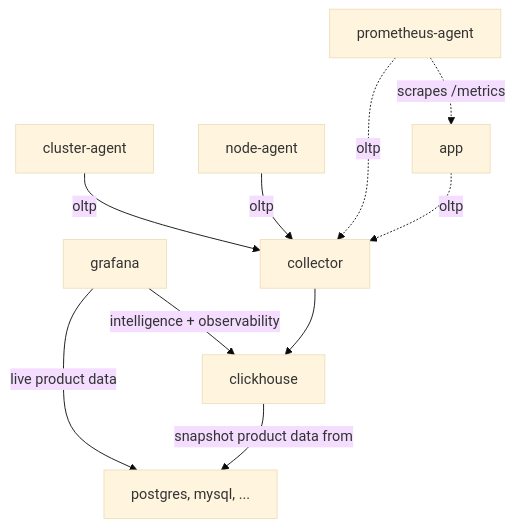
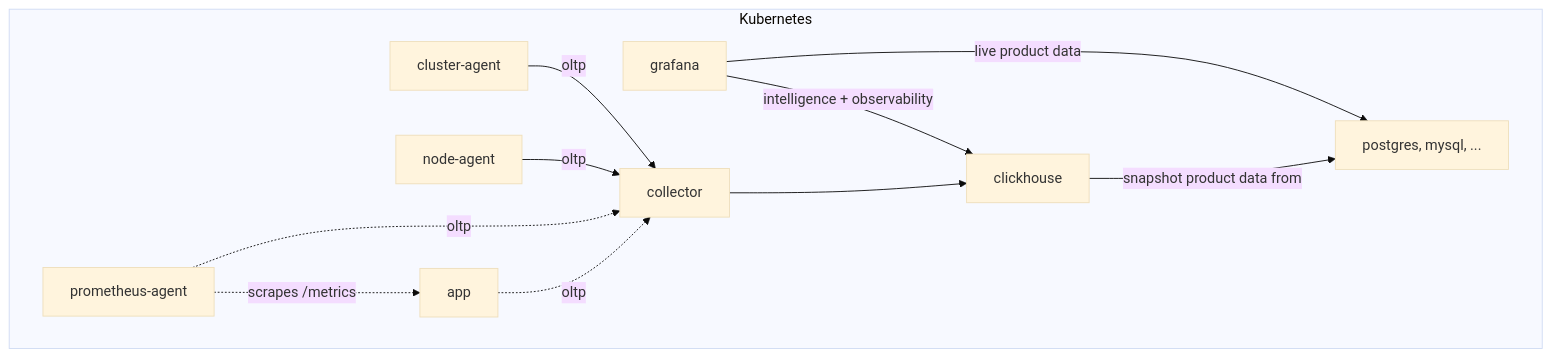
Before and after one commit to mjpitz/cognative: the first of 2 diagrams in docs/ARCHITECTURE.md, drawn with Mermaid (base theme). The commit also changed other lines of this file, not shown here.

Commit message:
docs: make architecture diagrams a little more readable

````diff
--- a/docs/ARCHITECTURE.md
+++ b/docs/ARCHITECTURE.md
@@ -135,17 +135,19 @@
 ```mermaid
 flowchart TD
-    database[postgres, mysql, ...]
-
-    grafana -- live product data --> database
-    clickhouse -- snapshot product data from --> database
-
-    grafana -- intelligence + observability --> clickhouse
-    collector --> clickhouse
-
-    cluster-agent -- oltp --> collector
-    node-agent -- oltp --> collector
-    prometheus-agent -. oltp .-> collector
-    app -. oltp .-> collector
-
-    prometheus-agent -. scrapes /metrics .-> app
+    subgraph Kubernetes
+      database[postgres, mysql, ...]
+  
+      grafana -- live product data --> database
+      clickhouse -- snapshot product data from --> database
+  
+      grafana -- intelligence + observability --> clickhouse
+      collector --> clickhouse
+  
+      cluster-agent -- oltp --> collector
+      node-agent -- oltp --> collector
+      prometheus-agent -. oltp .-> collector
+      app -. oltp .-> collector
+  
+      prometheus-agent -. scrapes /metrics .-> app
+    end
 ```
````
